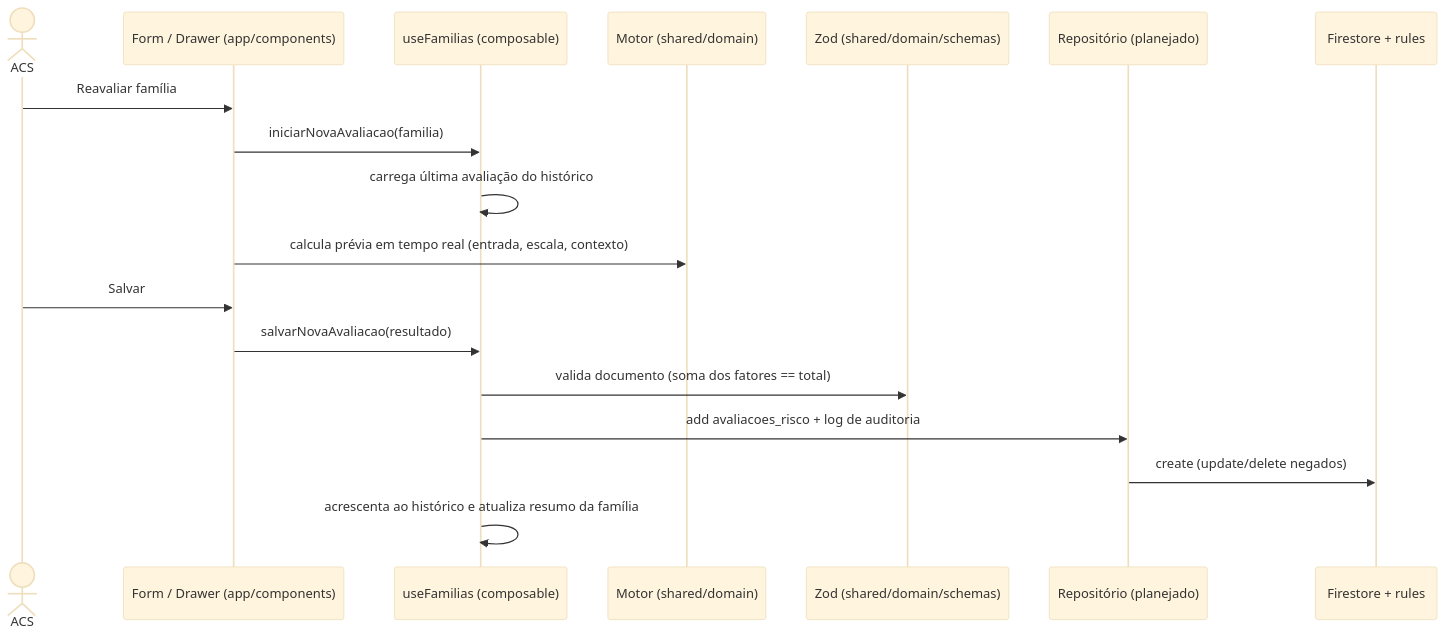
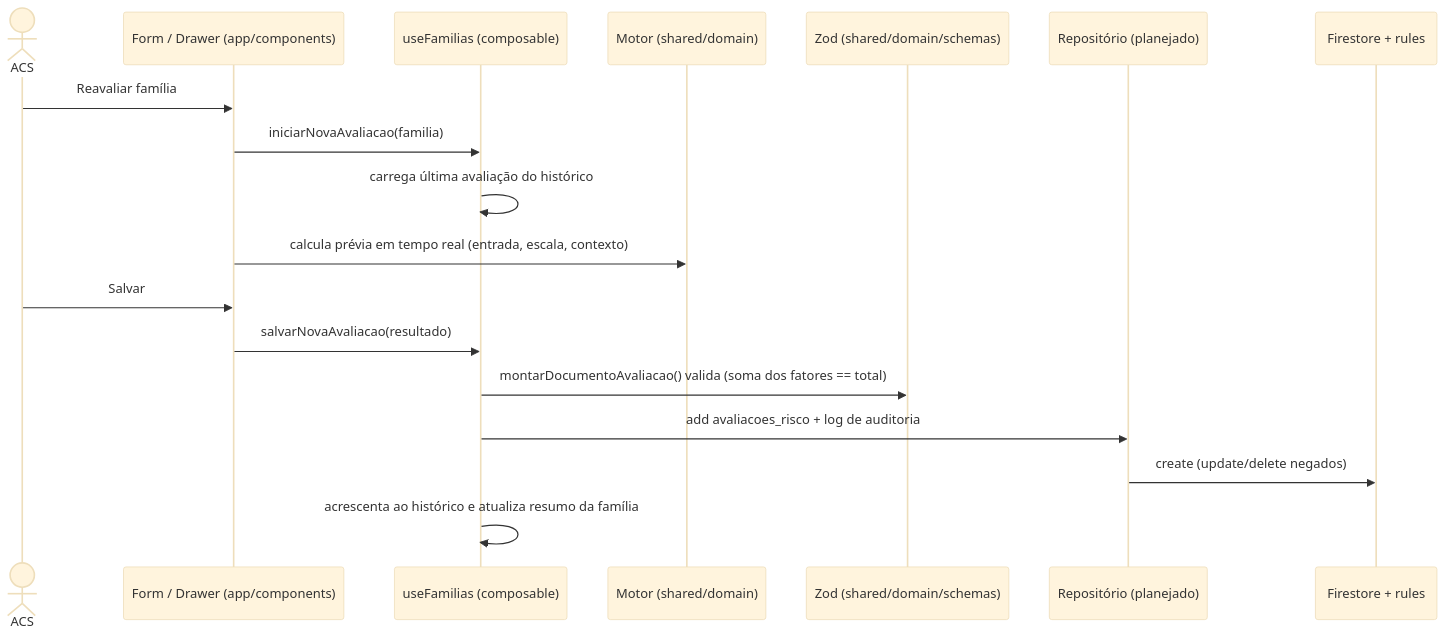
Before and after one commit to gfaria76/pet-saude: the diagram in context/architecture.md, drawn with Mermaid (base theme). The commit also changed other lines of this file and 23 other files, not shown here.

First line of the commit message:
feat: motor determinístico, schemas completos e UI com Health Icons

````diff
--- a/context/architecture.md
+++ b/context/architecture.md
@@ -59,21 +59,21 @@
 ```mermaid
 sequenceDiagram
     actor ACS
     participant UI as Form / Drawer (app/components)
     participant C as useFamilias (composable)
     participant M as Motor (shared/domain)
     participant Z as Zod (shared/domain/schemas)
     participant R as Repositório (planejado)
     participant F as Firestore + rules
 
     ACS->>UI: Reavaliar família
     UI->>C: iniciarNovaAvaliacao(familia)
     C->>C: carrega última avaliação do histórico
     UI->>M: calcula prévia em tempo real (entrada, escala, contexto)
     ACS->>UI: Salvar
     UI->>C: salvarNovaAvaliacao(resultado)
-    C->>Z: valida documento (soma dos fatores == total)
+    C->>Z: montarDocumentoAvaliacao() valida (soma dos fatores == total)
     C->>R: add avaliacoes_risco + log de auditoria
     R->>F: create (update/delete negados)
     C->>C: acrescenta ao histórico e atualiza resumo da família
 ```
````
